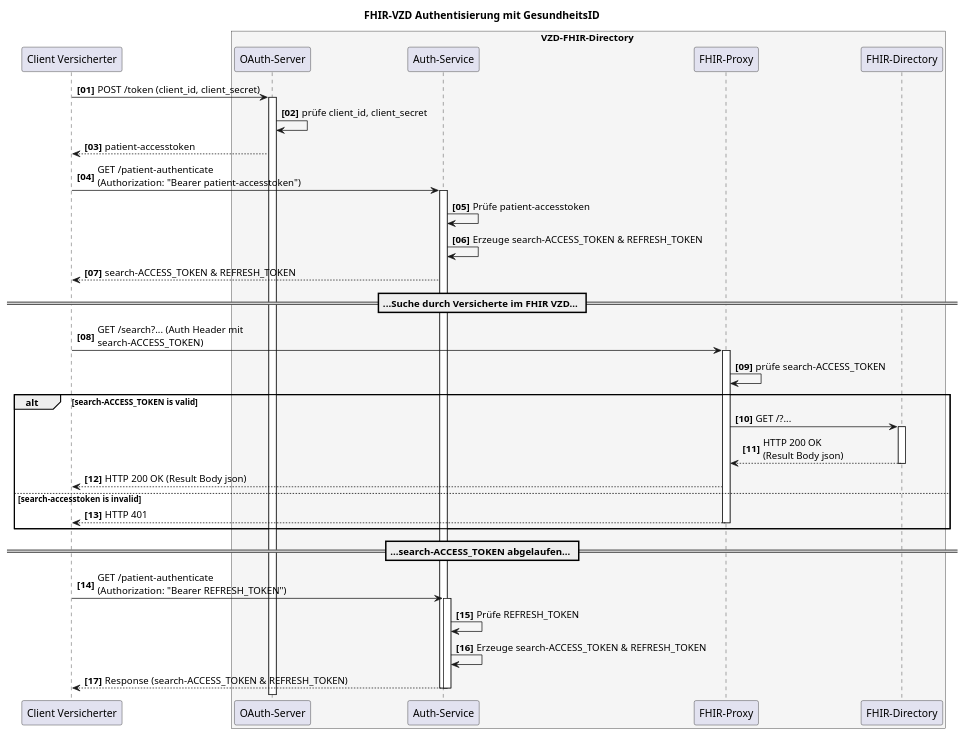
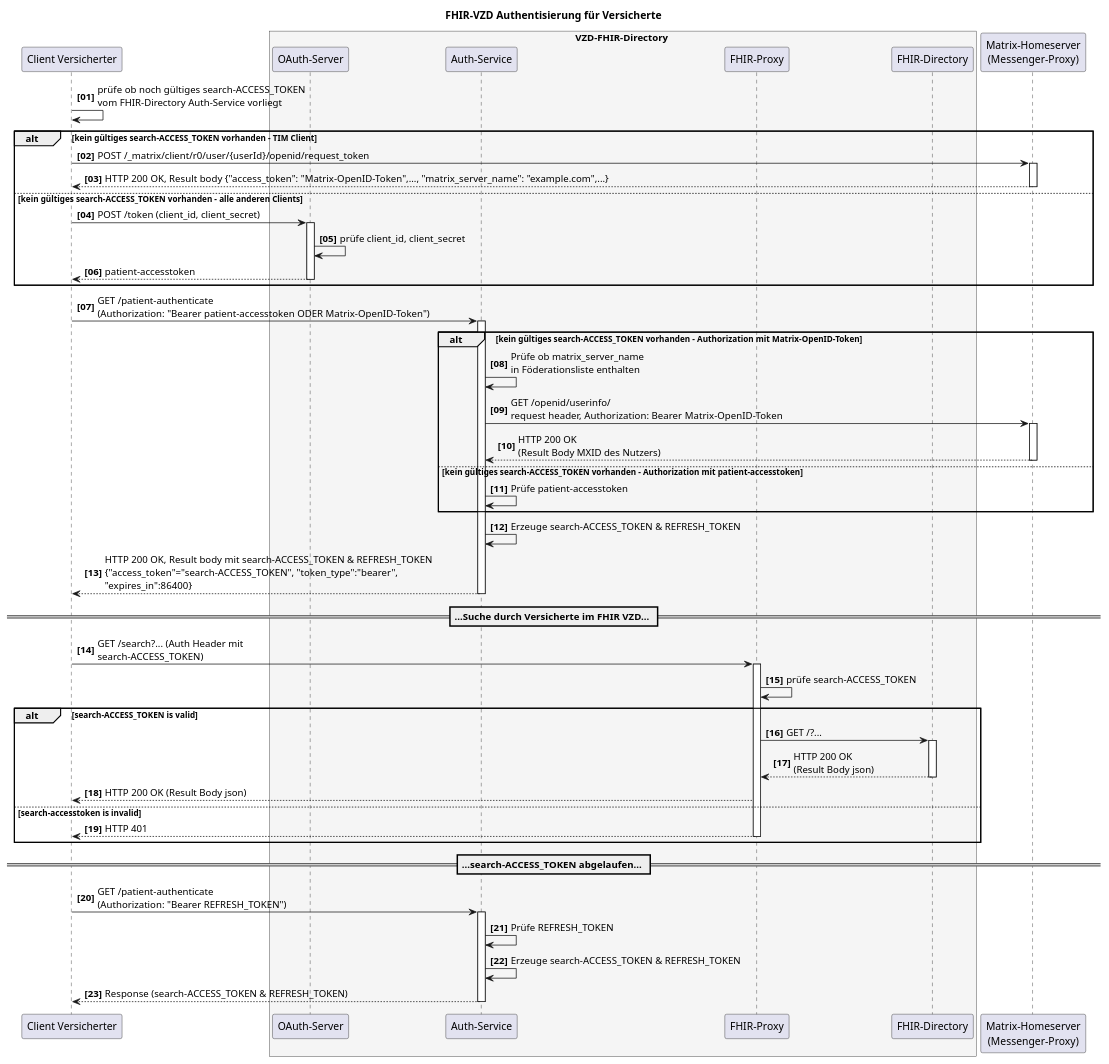
One commit to gematik/api-vzd changed the diagram in src/plantuml/SequenceDiagram.FHIR-Directory.fdv.search.puml. Above: the diagram before and after it, drawn with PlantUML.

```diff
--- a/src/plantuml/SequenceDiagram.FHIR-Directory.fdv.search.puml
+++ b/src/plantuml/SequenceDiagram.FHIR-Directory.fdv.search.puml
@@ -1,51 +1,76 @@
 @startuml
 autonumber 1 1 "<b>[00]"
-title "FHIR-VZD Authentisierung mit GesundheitsID"
+title "FHIR-VZD Authentisierung für Versicherte"
 
 participant VClient as "Client Versicherter"
 
 box VZD-FHIR-Directory #WhiteSmoke
     participant "OAuth-Server" as VzdOAuth
     participant "Auth-Service" as VzdAuth
     participant fp as "FHIR-Proxy"
     participant fd as "FHIR-Directory"
 end box
 
+participant hs as "Matrix-Homeserver\n(Messenger-Proxy)"
 
+VClient-> VClient: prüfe ob noch gültiges search-ACCESS_TOKEN\nvom FHIR-Directory Auth-Service vorliegt
+
+alt kein gültiges search-ACCESS_TOKEN vorhanden - TIM Client
+VClient-> hs: POST /_matrix/client/r0/user/{userId}/openid/request_token
+activate hs
+hs --> VClient: HTTP 200 OK, Result body {"access_token": "Matrix-OpenID-Token",..., "matrix_server_name": "example.com",...}
+deactivate hs
+ else kein gültiges search-ACCESS_TOKEN vorhanden - alle anderen Clients
 VClient->VzdOAuth++: POST /token (client_id, client_secret)
 VzdOAuth->VzdOAuth: prüfe client_id, client_secret
 VzdOAuth-->VClient: patient-accesstoken
+deactivate VzdOAuth
+end
 
-VClient->VzdAuth++: GET /patient-authenticate \n(Authorization: "Bearer patient-accesstoken")
+VClient->VzdAuth++: GET /patient-authenticate \n(Authorization: "Bearer patient-accesstoken ODER Matrix-OpenID-Token")
+
+alt kein gültiges search-ACCESS_TOKEN vorhanden - Authorization mit Matrix-OpenID-Token
+
+VzdAuth-> VzdAuth: Prüfe ob matrix_server_name\nin Föderationsliste enthalten
+VzdAuth-> hs: GET /openid/userinfo/\nrequest header, Authorization: Bearer Matrix-OpenID-Token
+activate hs
+hs --> VzdAuth: HTTP 200 OK\n(Result Body MXID des Nutzers)
+deactivate hs
+
+ else kein gültiges search-ACCESS_TOKEN vorhanden - Authorization mit patient-accesstoken
+
 VzdAuth->VzdAuth: Prüfe patient-accesstoken
+end
+
 VzdAuth->VzdAuth: Erzeuge search-ACCESS_TOKEN & REFRESH_TOKEN
-VzdAuth-->VClient: search-ACCESS_TOKEN & REFRESH_TOKEN
+VzdAuth--> VClient: HTTP 200 OK, Result body mit search-ACCESS_TOKEN & REFRESH_TOKEN\n{"access_token"="search-ACCESS_TOKEN", "token_type":"bearer",\n"expires_in":86400}
+deactivate VzdAuth
 
 == ...Suche durch Versicherte im FHIR VZD... ==
 
 VClient -> fp: GET /search?... (Auth Header mit\nsearch-ACCESS_TOKEN)
 activate fp
 fp -> fp: prüfe search-ACCESS_TOKEN
 
 alt search-ACCESS_TOKEN is valid
 fp -> fd: GET /?...
 activate fd
 fd --> fp: HTTP 200 OK\n(Result Body json)
 deactivate fd
 fp --> VClient : HTTP 200 OK (Result Body json)
 else search-accesstoken is invalid
 fp --> VClient : HTTP 401
 deactivate fp
 end
 
 == ...search-ACCESS_TOKEN abgelaufen... ==
 
 VClient->VzdAuth++: GET /patient-authenticate \n(Authorization: "Bearer REFRESH_TOKEN")
 VzdAuth->VzdAuth: Prüfe REFRESH_TOKEN
 VzdAuth->VzdAuth: Erzeuge search-ACCESS_TOKEN & REFRESH_TOKEN
 
 VzdAuth-->VClient: Response (search-ACCESS_TOKEN & REFRESH_TOKEN)
 deactivate VzdAuth
 deactivate VzdAuth
 
 @enduml
```
